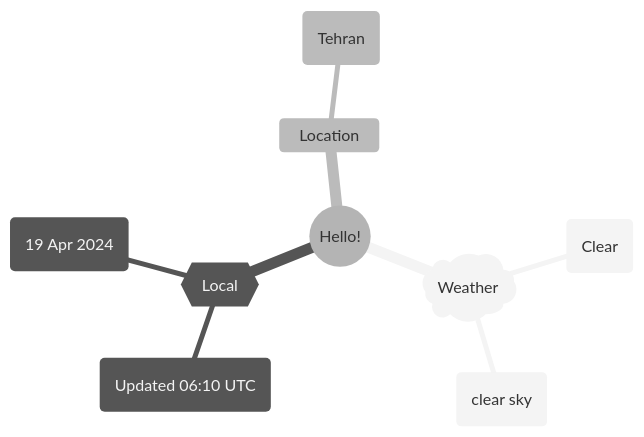
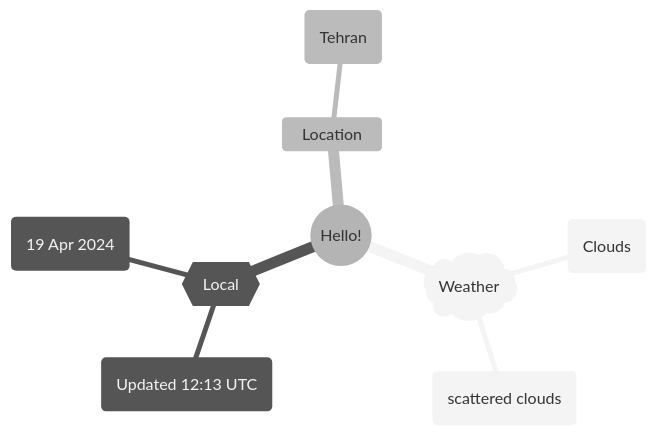
One commit to Xosrov/Xosrov changed the first of 2 diagrams in README.md. Above: the diagram before and after it, drawn with Mermaid (neutral theme).

Commit message:
[bot] updated images

````diff
--- a/README.md
+++ b/README.md
@@ -3,12 +3,12 @@
 ```mermaid
 mindmap
   root((Hello!))
     )Weather(
-        (Clear)
-        (clear sky)
+        (Clouds)
+        (scattered clouds)
     {{Local}}
-        (Updated 06:10 UTC)
+        (Updated 12:13 UTC)
         (19 Apr 2024)
     Location
         (Tehran)
 ```
````
